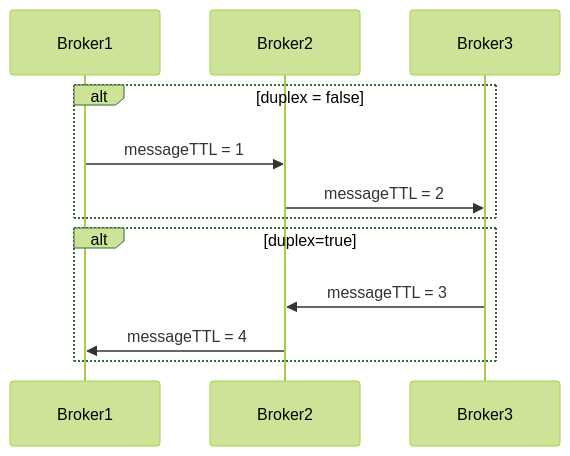
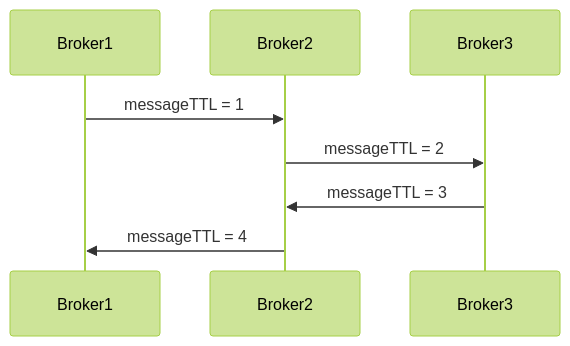
Before and after one commit to aws-samples/amazon-mq-workshop: the diagram in mermaidjs/messagettl.mmd, drawn with Mermaid (forest theme). The commit also changed other lines of this file and 7 other files, not shown here.

```diff
--- a/mermaidjs/messagettl.mmd
+++ b/mermaidjs/messagettl.mmd
@@ -1,9 +1,5 @@
 sequenceDiagram
-    alt duplex = false
     Broker1->>Broker2: messageTTL = 1
     Broker2->>Broker3: messageTTL = 2
-    end
-    alt duplex=true
     Broker3->>Broker2: messageTTL = 3
     Broker2->>Broker1: messageTTL = 4
-    end
```
